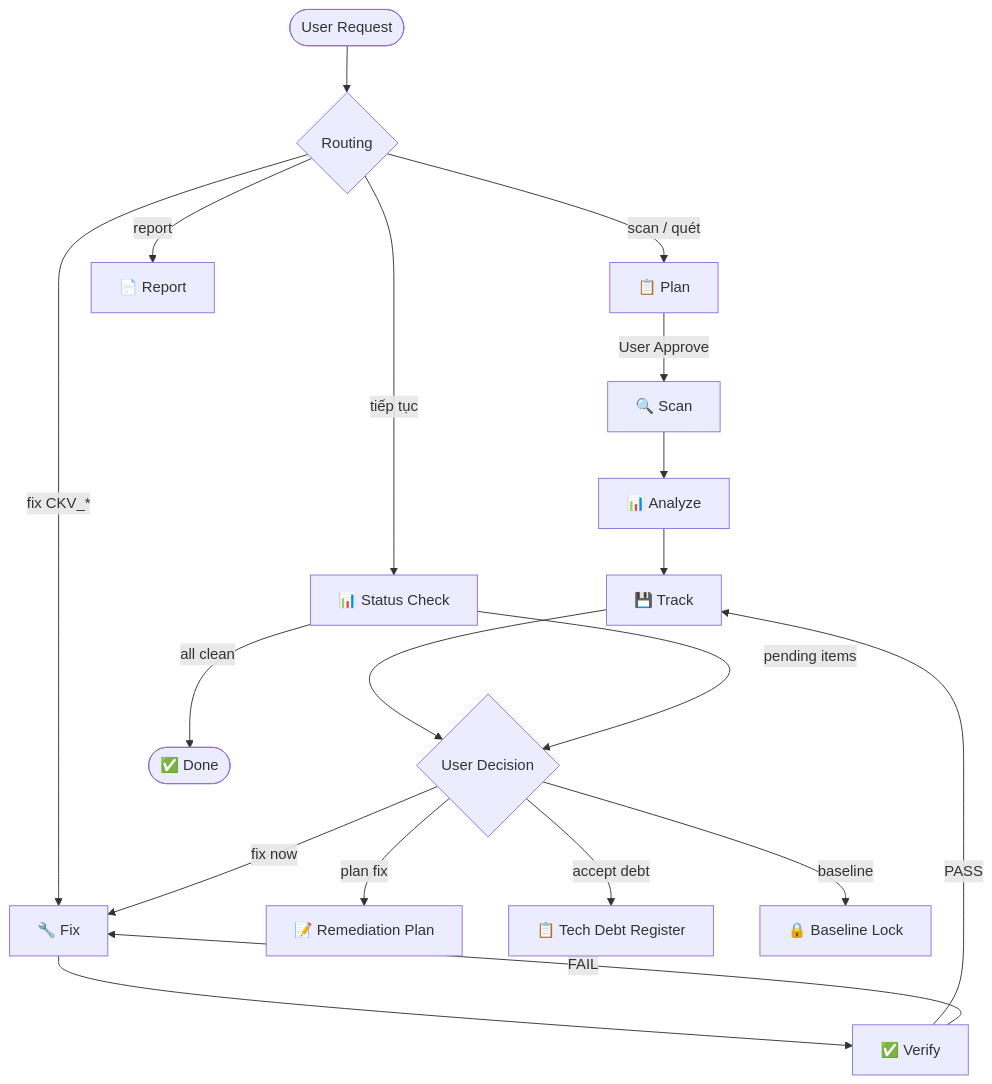
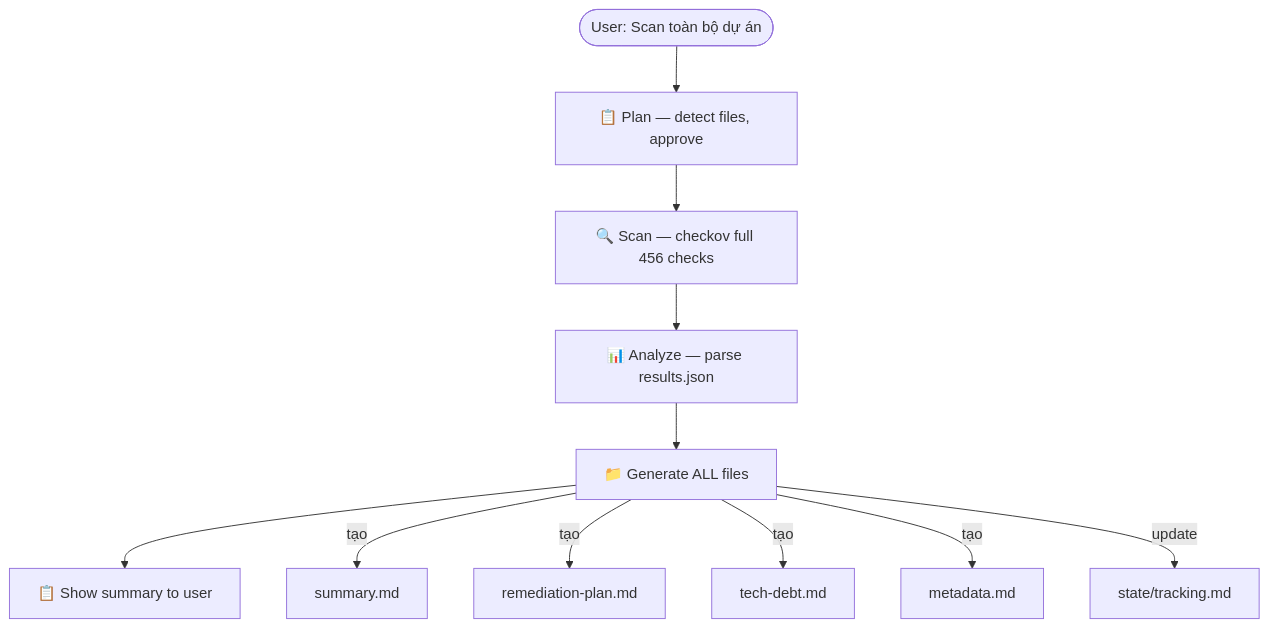
One commit to TDFS-Dom/iac-checkov-aws-power changed the first of 2 diagrams in README.md. Above: the diagram before and after it, drawn with Mermaid. The commit also changed other lines of this file, not shown here.

Commit message:
Rewrite README: cleaner, focused on what user gets after scan

````diff
--- a/README.md
+++ b/README.md
@@ -107,26 +75,14 @@
 ```mermaid
 flowchart TD
-    START([User Request]) --> ROUTE{Routing}
-    
-    ROUTE -->|"scan / quét"| PLAN[📋 Plan]
-    ROUTE -->|"tiếp tục"| STATUS[📊 Status Check]
-    ROUTE -->|"fix CKV_*"| FIX[🔧 Fix]
-    ROUTE -->|"report"| REPORT[📄 Report]
-    
-    PLAN -->|User Approve| SCAN[🔍 Scan]
-    SCAN --> ANALYZE[📊 Analyze]
-    ANALYZE --> TRACK[💾 Track]
-    
-    TRACK --> DECIDE{User Decision}
-    DECIDE -->|"fix now"| FIX
-    DECIDE -->|"plan fix"| REMPLAN[📝 Remediation Plan]
-    DECIDE -->|"accept debt"| TECHDEBT[📋 Tech Debt Register]
-    DECIDE -->|"baseline"| BASELINE[🔒 Baseline Lock]
-    
-    FIX --> VERIFY[✅ Verify]
-    VERIFY -->|PASS| TRACK
-    VERIFY -->|FAIL| FIX
-    
-    STATUS -->|"pending items"| DECIDE
-    STATUS -->|"all clean"| DONE([✅ Done])
+    START([User: Scan toàn bộ dự án]) --> PLAN[📋 Plan — detect files, approve]
+    PLAN --> SCAN[🔍 Scan — checkov full 456 checks]
+    SCAN --> ANALYZE[📊 Analyze — parse results.json]
+    ANALYZE --> OUTPUT[📁 Generate ALL files]
+    OUTPUT --> PRESENT[📋 Show summary to user]
+
+    OUTPUT --> |tạo| SUMMARY[summary.md]
+    OUTPUT --> |tạo| REMPLAN[remediation-plan.md]
+    OUTPUT --> |tạo| TECHDEBT[tech-debt.md]
+    OUTPUT --> |tạo| META[metadata.md]
+    OUTPUT --> |update| TRACKING[state/tracking.md]
 ```
````
